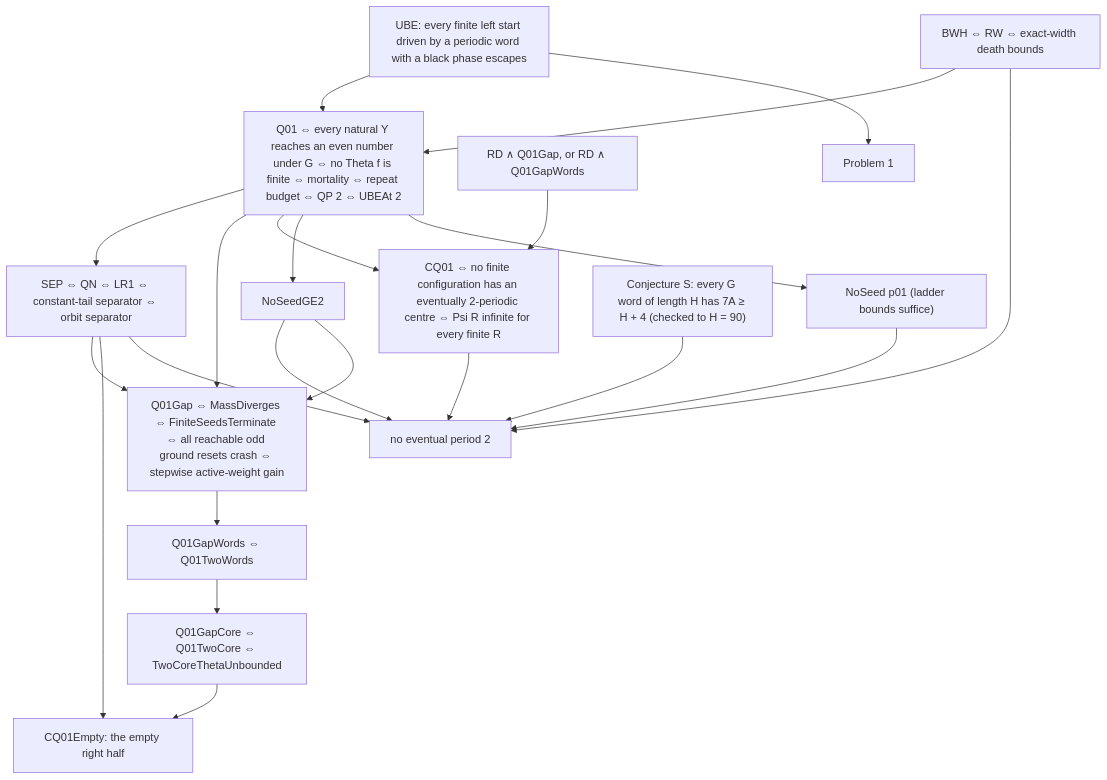
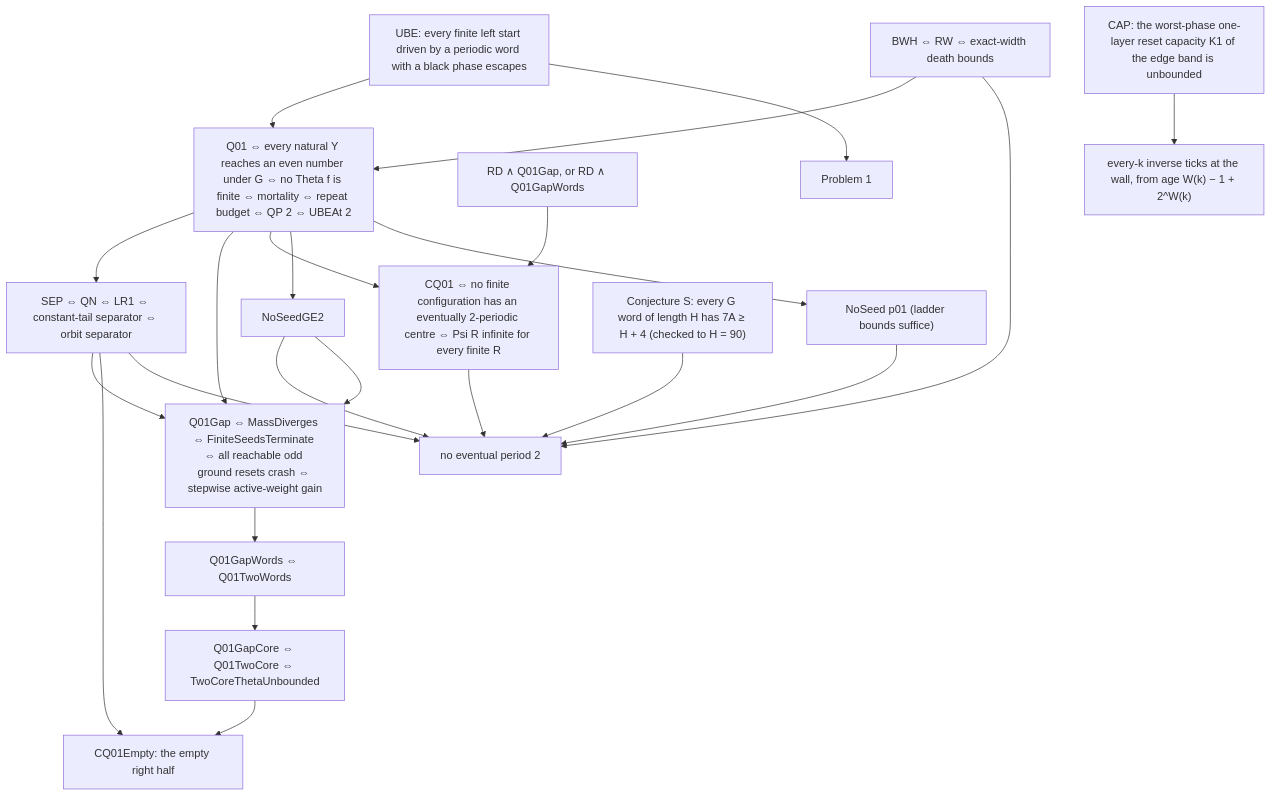
The diagram in KIT.md (ghywel/rule30reset), drawn with Mermaid before and after one commit. The commit also changed other lines of this file and 3 other files, not shown here.

````diff
--- a/KIT.md
+++ b/KIT.md
@@ -49,23 +49,24 @@
 ```mermaid
 graph TD
   UBE["UBE: every finite left start driven by a periodic word with a black phase escapes"] --> Q01
   BWH["BWH ⇔ RW ⇔ exact-width death bounds"] --> Q01
   Q01["Q01 ⇔ every natural Y reaches an even number under G ⇔ no Theta f is finite ⇔ mortality ⇔ repeat budget ⇔ QP 2 ⇔ UBEAt 2"]
   Q01 --> SEP["SEP ⇔ QN ⇔ LR1 ⇔ constant-tail separator ⇔ orbit separator"]
   Q01 --> Q01Gap["Q01Gap ⇔ MassDiverges ⇔ FiniteSeedsTerminate ⇔ all reachable odd ground resets crash ⇔ stepwise active-weight gain"]
   SEP --> Q01Gap
   Q01Gap --> Q01GW["Q01GapWords ⇔ Q01TwoWords"]
   Q01GW --> Q01GC["Q01GapCore ⇔ Q01TwoCore ⇔ TwoCoreThetaUnbounded"]
   Q01GC --> CQ01E["CQ01Empty: the empty right half"]
   SEP --> CQ01E
   Q01 --> CQ01["CQ01 ⇔ no finite configuration has an eventually 2-periodic centre ⇔ Psi R infinite for every finite R"]
   RDQ["RD ∧ Q01Gap, or RD ∧ Q01GapWords"] --> CQ01
   CQ01 --> NP2["no eventual period 2"]
   Q01 --> NSG["NoSeedGE2"] --> NP2
   NSG --> Q01Gap
   Q01 --> NS01["NoSeed p01 (ladder bounds suffice)"] --> NP2
   CS["Conjecture S: every G word of length H has 7A ≥ H + 4 (checked to H = 90)"] --> NP2
   SEP --> NP2
   BWH --> NP2
   UBE --> P1["Problem 1"]
+  CAP["CAP: the worst-phase one-layer reset capacity K1 of the edge band is unbounded"] --> EVK["every-k inverse ticks at the wall, from age W(k) − 1 + 2^W(k)"]
 ```
````
